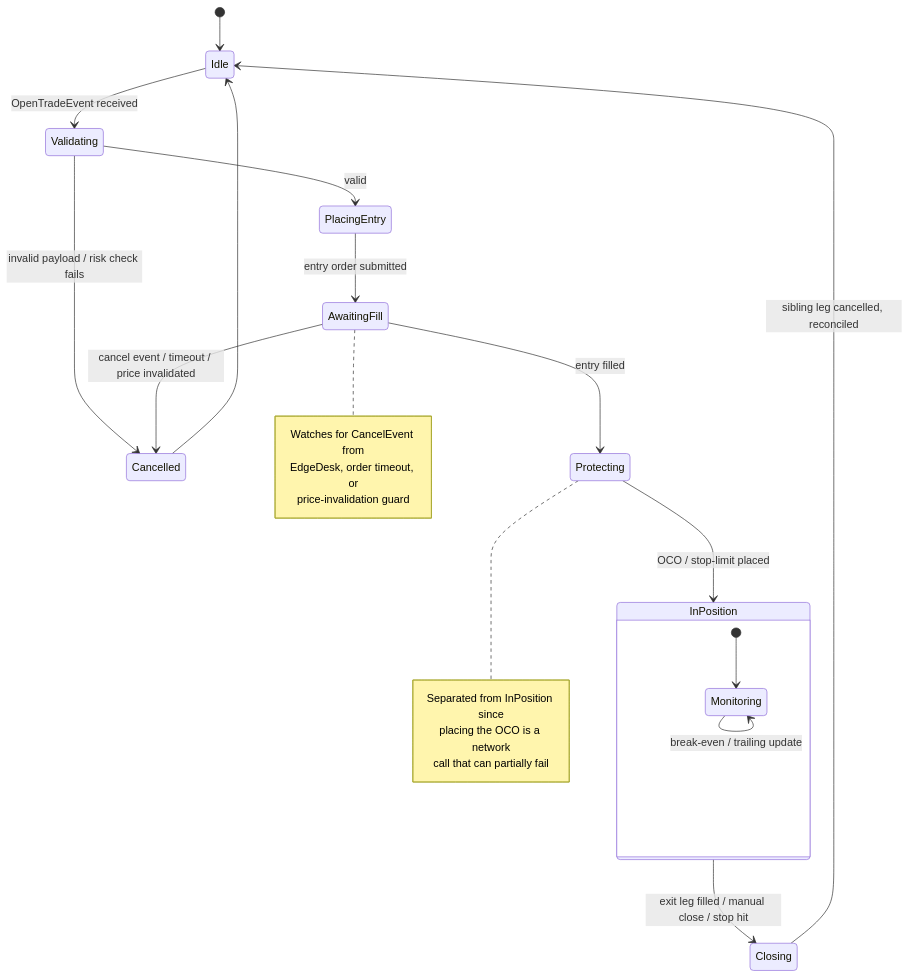
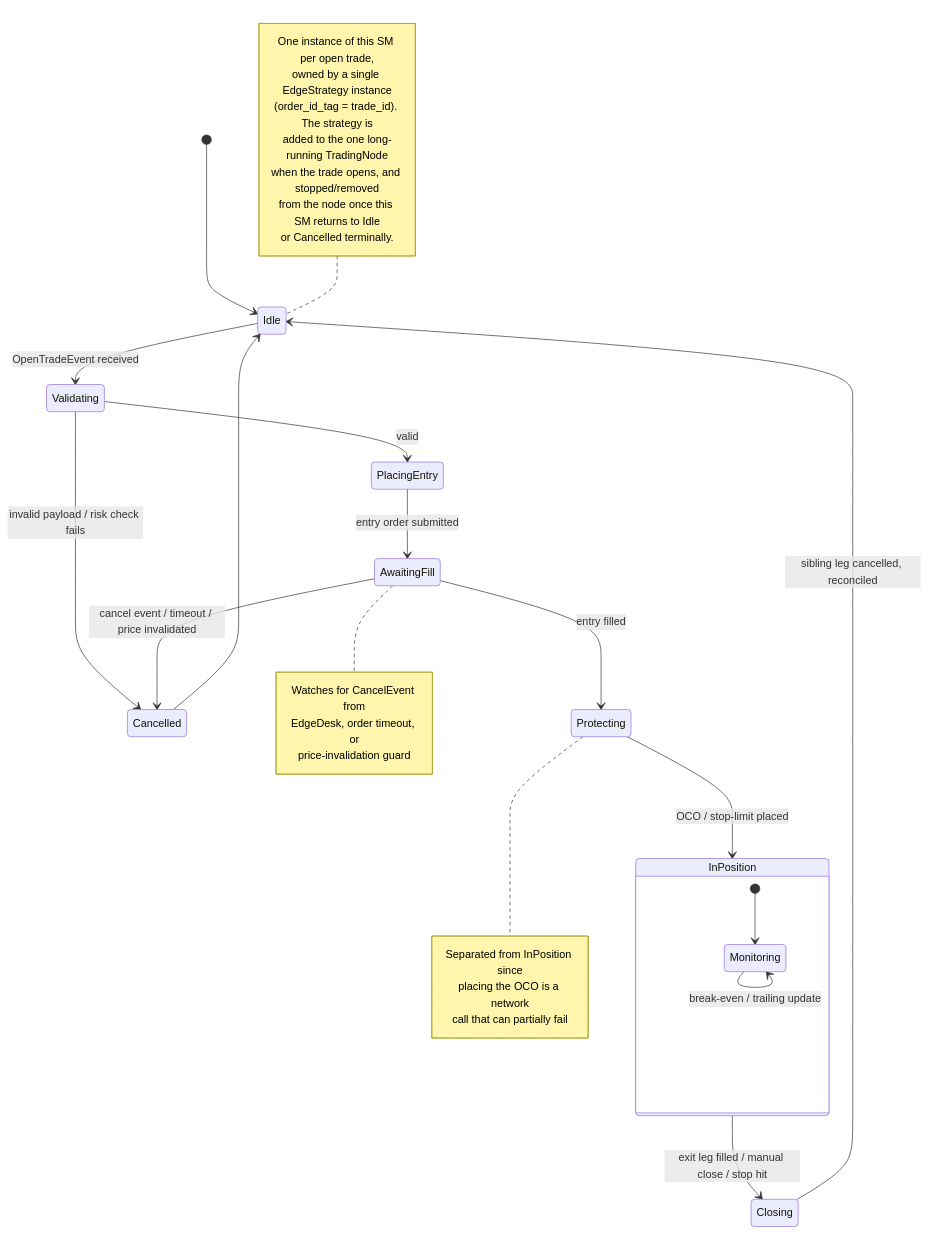
One commit to Andy11011/EDGEngine changed the diagram in Arch/EdgeTrader/Order-managementSM.md. Above: the diagram before and after it, drawn with Mermaid. The commit also changed 6 other files, not shown here.

Commit message:
Implementing new Main Control Flow - 1

````diff
--- a/Arch/EdgeTrader/Order-managementSM.md
+++ b/Arch/EdgeTrader/Order-managementSM.md
@@ -1,38 +1,48 @@
 ```mermaid
 stateDiagram-v2
     [*] --> Idle
 
     Idle --> Validating: OpenTradeEvent received
 
     Validating --> Cancelled: invalid payload / risk check fails
     Validating --> PlacingEntry: valid
 
     PlacingEntry --> AwaitingFill: entry order submitted
 
     AwaitingFill --> Cancelled: cancel event / timeout / price invalidated
     AwaitingFill --> Protecting: entry filled
 
     Protecting --> InPosition: OCO / stop-limit placed
 
     state InPosition {
         [*] --> Monitoring
         Monitoring --> Monitoring: break-even / trailing update
     }
 
     InPosition --> Closing: exit leg filled / manual close / stop hit
 
     Closing --> Idle: sibling leg cancelled, reconciled
     Cancelled --> Idle
 
     note right of AwaitingFill
         Watches for CancelEvent from
         EdgeDesk, order timeout, or
         price-invalidation guard
     end note
 
     note right of Protecting
         Separated from InPosition since
         placing the OCO is a network
         call that can partially fail
     end note
+
+    note left of Idle
+        One instance of this SM per open trade,
+        owned by a single EdgeStrategy instance
+        (order_id_tag = trade_id). The strategy is
+        added to the one long-running TradingNode
+        when the trade opens, and stopped/removed
+        from the node once this SM returns to Idle
+        or Cancelled terminally.
+    end note
 ```
````
